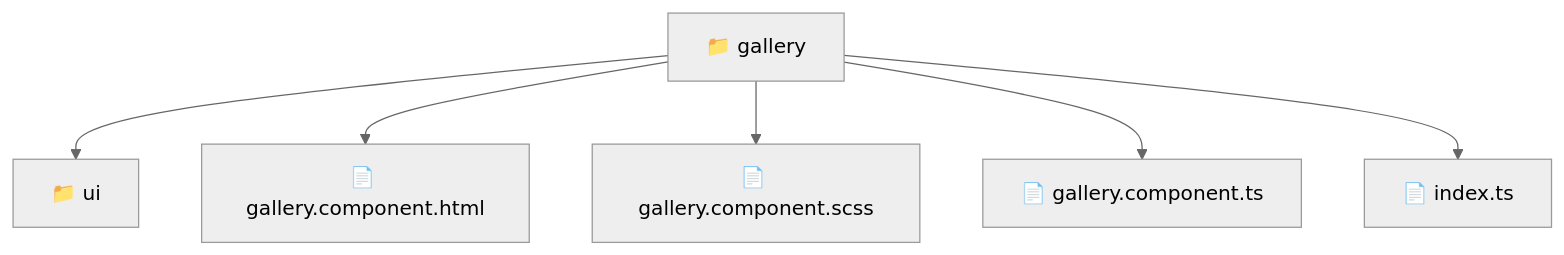
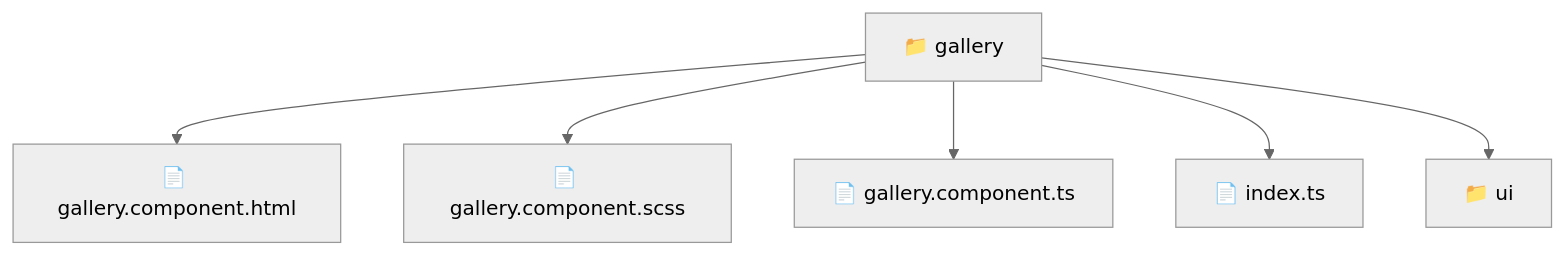
Before and after one commit to beginwebdev2002/fullstack-mavluda: the diagram in frontend/src/pages/gallery/README.md, drawn with Mermaid (neutral theme). The commit also changed other lines of this file and 166 other files, not shown here.

First line of the commit message:
docs: generate repository-wide architectural README files

````diff
--- a/frontend/src/pages/gallery/README.md
+++ b/frontend/src/pages/gallery/README.md
@@ -11,9 +11,14 @@
 ```mermaid
 graph TD
-  Root["📁 gallery"]
-  Root --> ui["📁 ui"]
-  Root --> gallery_component_html["📄 gallery.component.html"]
-  Root --> gallery_component_scss["📄 gallery.component.scss"]
-  Root --> gallery_component_ts["📄 gallery.component.ts"]
-  Root --> index_ts["📄 index.ts"]
+  f_Root_gallery["📁 gallery"]
+  f_gallery_component_html["📄 gallery.component.html"]
+  f_Root_gallery --> f_gallery_component_html
+  f_gallery_component_scss["📄 gallery.component.scss"]
+  f_Root_gallery --> f_gallery_component_scss
+  f_gallery_component_ts["📄 gallery.component.ts"]
+  f_Root_gallery --> f_gallery_component_ts
+  f_index_ts["📄 index.ts"]
+  f_Root_gallery --> f_index_ts
+  f_Dir_ui["📁 ui"]
+  f_Root_gallery --> f_Dir_ui
 ```
````
